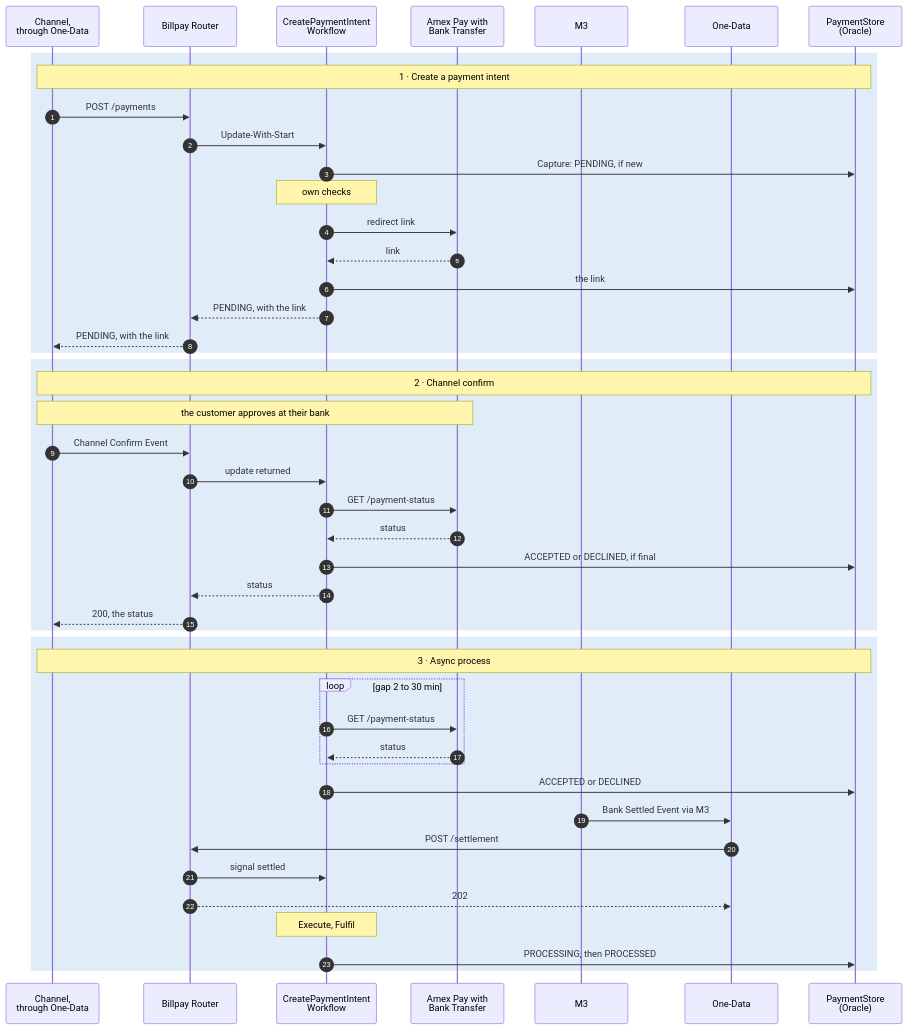
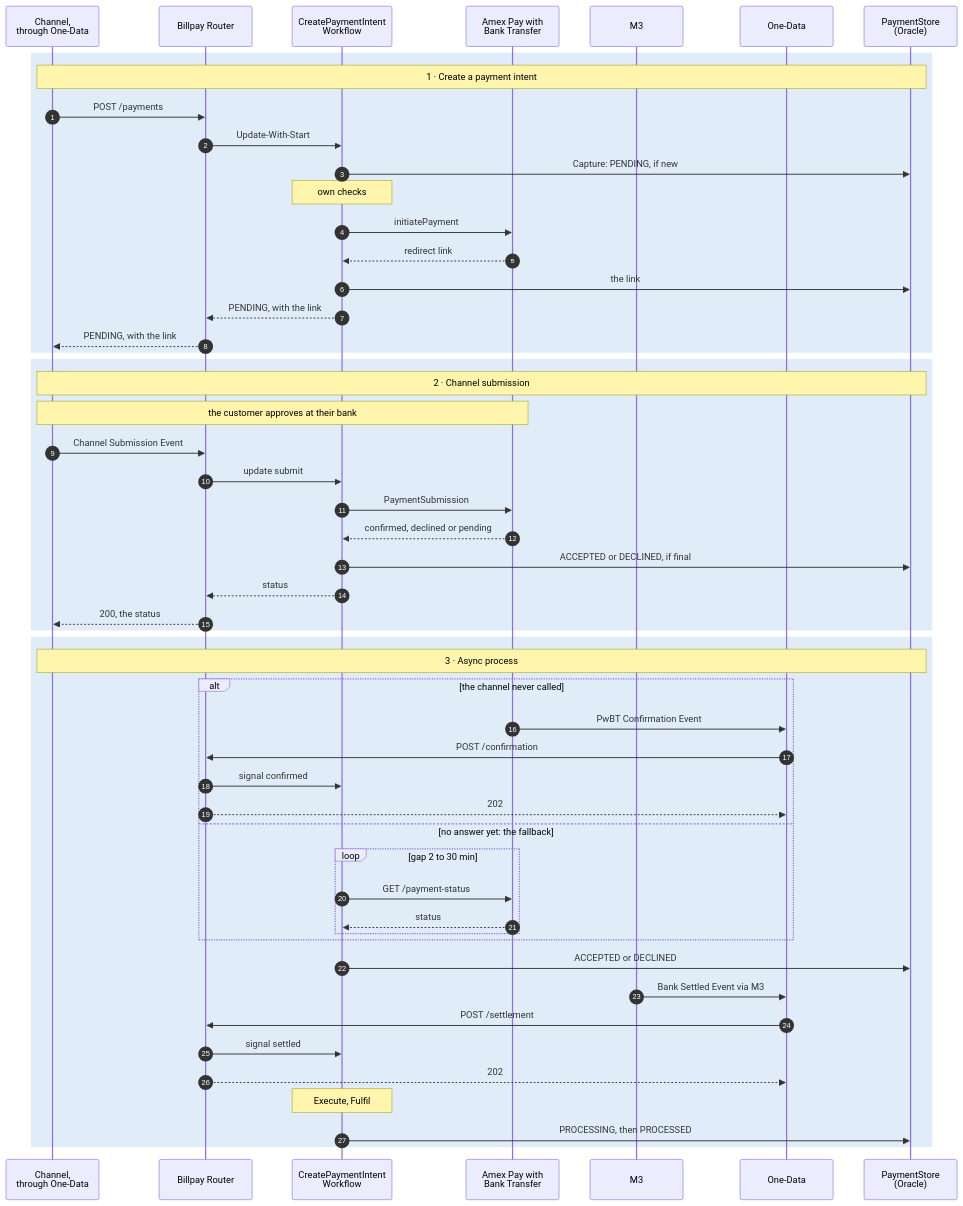
One commit to arunav-bhattacharya/billpay-book changed diagram 14 of 16 in website/docs/design/sequence-diagrams.md. Above: the diagram before and after it, drawn with Mermaid. The commit also changed other lines of this file and 30 other files, not shown here.

First line of the commit message:
Pay with Bank Transfer: submission, PwBT's confirmation, polling as fallback

````diff
--- a/website/docs/design/sequence-diagrams.md
+++ b/website/docs/design/sequence-diagrams.md
@@ -750,62 +750,71 @@
 ```mermaid
 ---
 config:
   fontFamily: "BentonSansUI, Helvetica, Arial, sans-serif"
   fontSize: 15
 ---
 sequenceDiagram
   autonumber
   %% Pink arrows: something outside resumes the payment.
-  %% trigger: Channel Confirm Event
-  %% trigger: update returned
+  %% trigger: Channel Submission Event
+  %% trigger: update submit
+  %% trigger: PwBT Confirmation Event
+  %% trigger: signal confirmed
   %% trigger: Bank Settled Event via M3
   %% trigger: signal settled
 
   participant CH as Channel,<br/>through One-Data
   participant R as Billpay Router
   participant WF as CreatePaymentIntent<br/>Workflow
   participant PW as Amex Pay with<br/>Bank Transfer
   participant M3
   participant OD as One-Data
   participant PS as PaymentStore<br/>(Oracle)
 
   rect rgba(0,111,207,0.12)
     Note over CH,PS: 1 · Create a payment intent
     CH->>R: POST /payments
     R->>WF: Update-With-Start
     WF->>PS: Capture: PENDING, if new
     Note over WF: own checks
-    WF->>PW: redirect link
-    PW-->>WF: link
+    WF->>PW: initiatePayment
+    PW-->>WF: redirect link
     WF->>PS: the link
     WF-->>R: PENDING, with the link
     R-->>CH: PENDING, with the link
   end
 
   rect rgba(0,111,207,0.12)
-    Note over CH,PS: 2 · Channel confirm
+    Note over CH,PS: 2 · Channel submission
     Note over CH,PW: the customer approves at their bank
-    CH->>R: Channel Confirm Event
-    R->>WF: update returned
-    WF->>PW: GET /payment-status
-    PW-->>WF: status
+    CH->>R: Channel Submission Event
+    R->>WF: update submit
+    WF->>PW: PaymentSubmission
+    PW-->>WF: confirmed, declined or pending
     WF->>PS: ACCEPTED or DECLINED, if final
     WF-->>R: status
     R-->>CH: 200, the status
   end
 
   rect rgba(0,111,207,0.12)
     Note over CH,PS: 3 · Async process
-    loop gap 2 to 30 min
-      WF->>PW: GET /payment-status
-      PW-->>WF: status
+    alt the channel never called
+      PW->>OD: PwBT Confirmation Event
+      OD->>R: POST /confirmation
+      R->>WF: signal confirmed
+      R-->>OD: 202
+    else no answer yet: the fallback
+      loop gap 2 to 30 min
+        WF->>PW: GET /payment-status
+        PW-->>WF: status
+      end
     end
     WF->>PS: ACCEPTED or DECLINED
     M3->>OD: Bank Settled Event via M3
     OD->>R: POST /settlement
     R->>WF: signal settled
     R-->>OD: 202
     Note over WF: Execute, Fulfil
     WF->>PS: PROCESSING, then PROCESSED
   end
 ```
````
